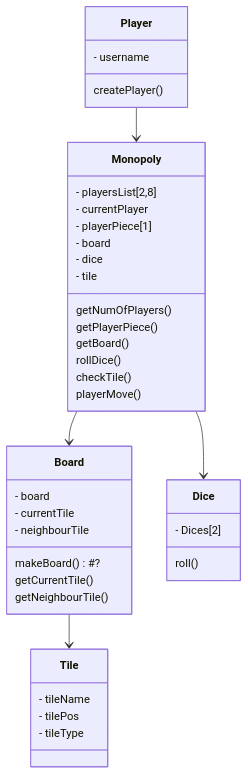
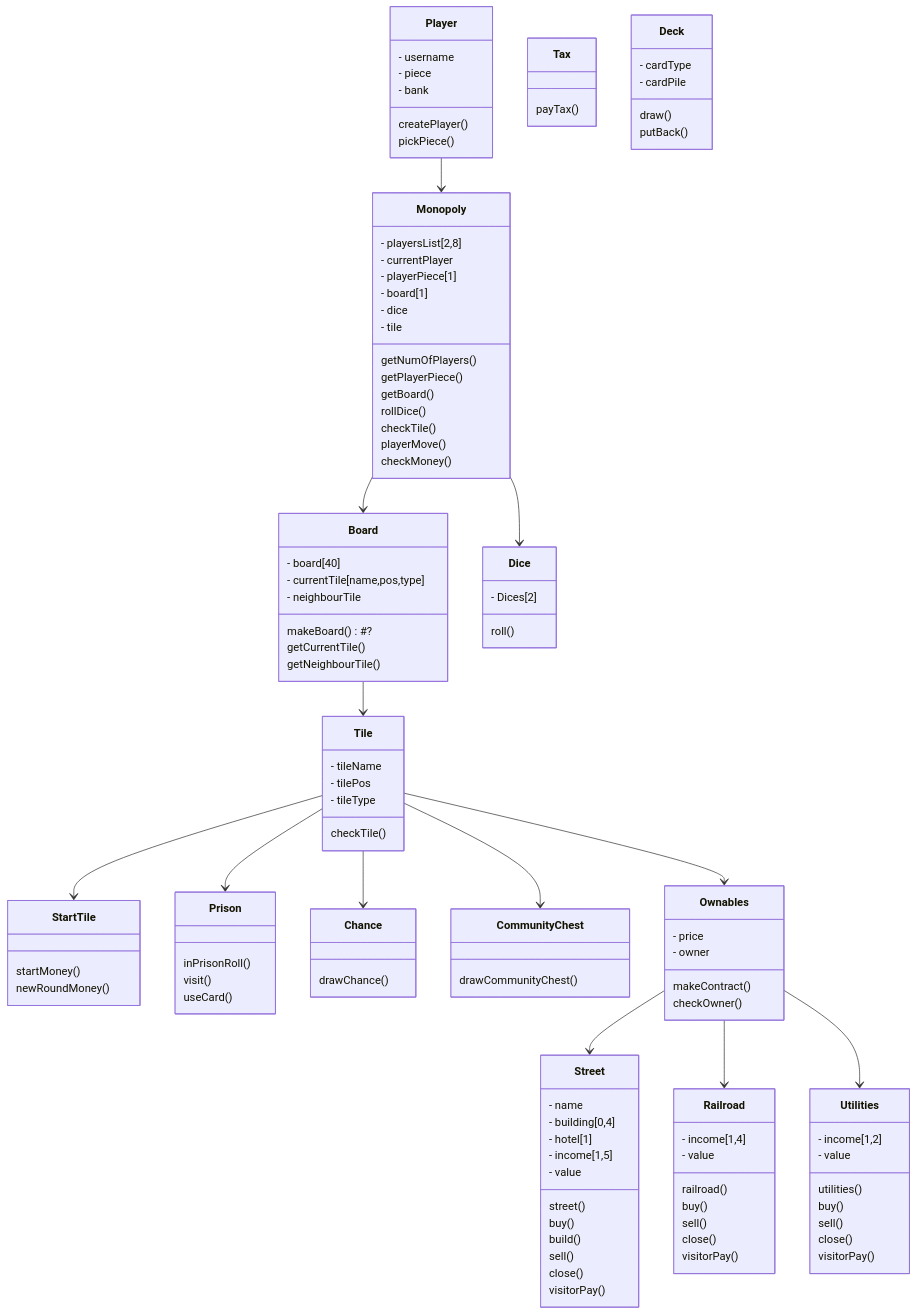
One commit to Eoyie/ot-harjoitustyo changed the diagram in laskarit/viikko3/Monopoli.md. Above: the diagram before and after it, drawn with Mermaid. The commit also changed other lines of this file, not shown here.

````diff
--- a/laskarit/viikko3/Monopoli.md
+++ b/laskarit/viikko3/Monopoli.md
@@ -4,15 +13,26 @@
       Monopoly -->  Board
       Monopoly -->  Dice
       Board -->  Tile
+      Tile --> StartTile
+      Tile --> Prison
+      Tile --> Chance
+      Tile --> CommunityChest
+      Tile --> Ownables
+      Ownables --> Street
+      Ownables --> Railroad
+      Ownables --> Utilities
       class Player{
           - username
+          - piece
+          - bank
           createPlayer()
+          pickPiece()
       }
       class Monopoly{
           - playersList[2,8]
           - currentPlayer
           - playerPiece[1]
-          - board
+          - board[1]
           - dice
           - tile
           getNumOfPlayers()
@@ -21,10 +41,11 @@
           rollDice()
           checkTile()
           playerMove()
+          checkMoney()
       }
       class Board{
-          - board
-          - currentTile
+          - board[40]
+          - currentTile[name,pos,type]
           - neighbourTile
           makeBoard() #?
           getCurrentTile()
@@ -38,6 +59,67 @@
           - tileName
           - tilePos
           - tileType
-          
+          checkTile()
+      }
+      class StartTile{
+           startMoney()
+           newRoundMoney()
+      }
+      class Prison{
+           inPrisonRoll()
+           visit()
+           useCard()
+      }
+      class Chance{
+           drawChance()
+      }
+      class CommunityChest{
+           drawCommunityChest()
+      }
+      class Tax{
+           payTax()
+      }
+      class Ownables{
+           - price
+           - owner
+           makeContract()
+           checkOwner()
+      }
+      class Street{
+           - name
+           - building[0,4]
+           - hotel[1]
+           - income[1,5]
+           - value
+           street()
+           buy()
+           build()
+           sell()
+           close()
+           visitorPay()
+      }
+      class Railroad{
+           - income[1,4]
+           - value
+           railroad()
+           buy()
+           sell()
+           close()
+           visitorPay()
+      }
+      class Utilities{
+           - income[1,2]
+           - value
+           utilities()
+           buy()
+           sell()
+           close()
+           visitorPay()
+      }
+      class Deck{
+           - cardType
+           - cardPile
+           draw()
+           putBack()
       }
 ```
````
